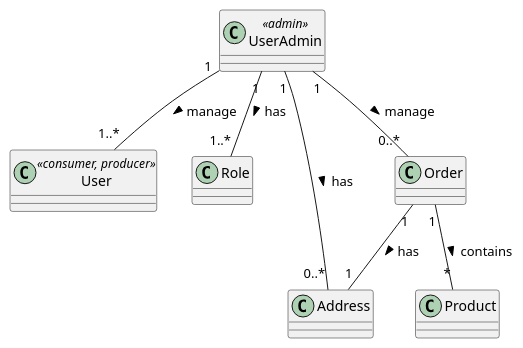
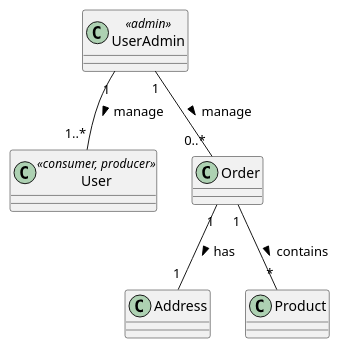
Before and after one commit to bruflor/comercio-vizinho: the diagram in docs/diagrams/classes/UserAdminRelations.puml, drawn with PlantUML. The commit also changed 2 other files, not shown here.

Commit message:
removing relations of role that is already on user class

```diff
--- a/docs/diagrams/classes/UserAdminRelations.puml
+++ b/docs/diagrams/classes/UserAdminRelations.puml
@@ -1,24 +1,21 @@
 @startuml
 
 class UserAdmin <<admin>> {}
 class User <<consumer, producer>>
-class Role {}
 class Address {}
 
 ' Product Classes
 class Product {}
 ' Order Classes
 class Order {}
 
 
 ' User-Role Relationship
-UserAdmin "1" -- "1..*" Role : has >
 UserAdmin "1" -- "1..*" User : manage >
 ' User-Address Relationship
-UserAdmin "1" -- "0..*" Address : has >
 UserAdmin "1" -- "0..*" Order : manage >
 ' Associations
 Order "1" -- "1" Address : has >
 Order "1" -- "*" Product : contains >
 
 @enduml
```
